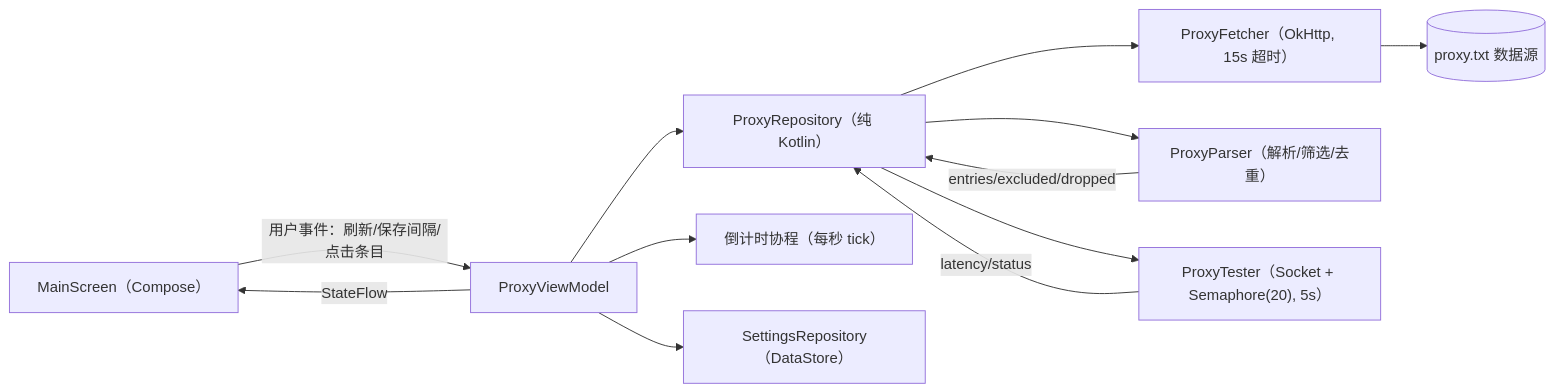
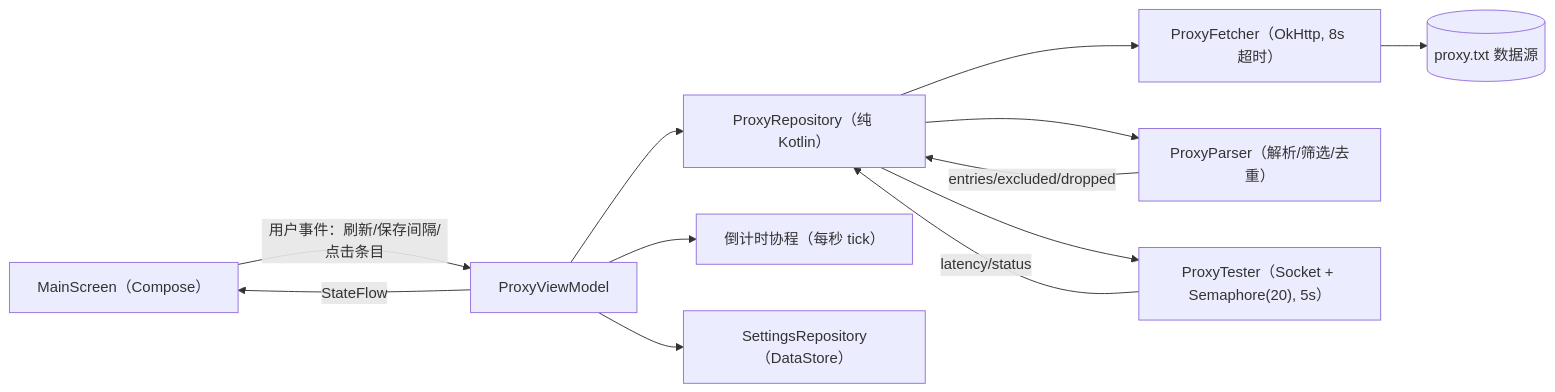
Before and after one commit to 200111226011qw-debug/tgproxy: the second of 2 diagrams in tgproxy-android/docs/PRD.md, drawn with Mermaid. The commit also changed other lines of this file and 3 other files, not shown here.

````diff
--- a/tgproxy-android/docs/PRD.md
+++ b/tgproxy-android/docs/PRD.md
@@ -205,14 +205,14 @@
 ```mermaid
 flowchart LR
     UI["MainScreen（Compose）"] -->|"用户事件：刷新/保存间隔/点击条目"| VM["ProxyViewModel"]
     VM -->|"StateFlow<ProxyUiState>"| UI
     VM --> REPO["ProxyRepository（纯 Kotlin）"]
     VM --> TICK["倒计时协程（每秒 tick）"]
-    REPO --> FETCH["ProxyFetcher（OkHttp, 15s 超时）"]
+    REPO --> FETCH["ProxyFetcher（OkHttp, 8s 超时）"]
     REPO --> PARSE["ProxyParser（解析/筛选/去重）"]
     REPO --> TEST["ProxyTester（Socket + Semaphore(20), 5s）"]
     VM --> SET["SettingsRepository（DataStore）"]
     FETCH --> SRC[("proxy.txt 数据源")]
     PARSE -->|"entries/excluded/dropped"| REPO
     TEST -->|"latency/status"| REPO
 ```
````
